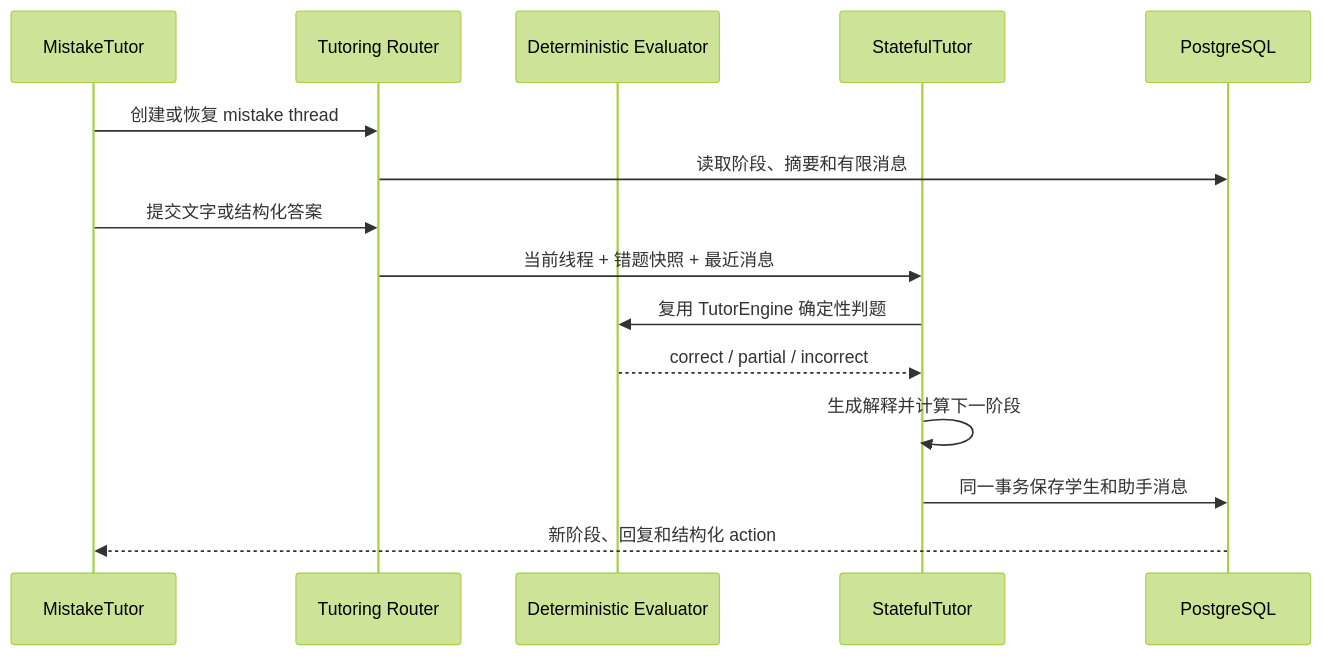
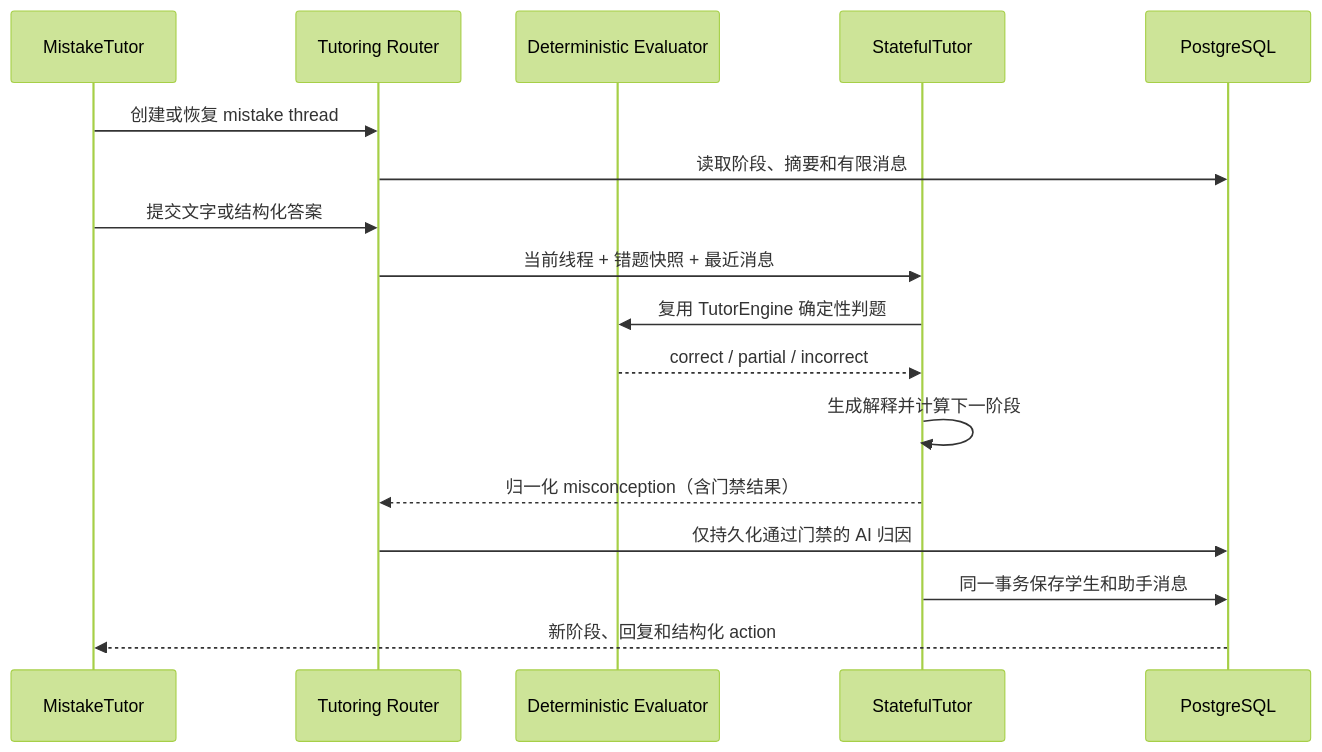
One commit to ningkaikok/dotty-tutor changed the third of 6 diagrams in docs/architecture.md. Above: the diagram before and after it, drawn with Mermaid (forest theme). The commit also changed other lines of this file and 14 other files, not shown here.

````diff
--- a/docs/architecture.md
+++ b/docs/architecture.md
@@ -211,18 +215,20 @@
 ```mermaid
 sequenceDiagram
   participant UI as MistakeTutor
   participant API as Tutoring Router
   participant Check as Deterministic Evaluator
   participant Tutor as StatefulTutor
   participant DB as PostgreSQL
 
   UI->>API: 创建或恢复 mistake thread
   API->>DB: 读取阶段、摘要和有限消息
   UI->>API: 提交文字或结构化答案
   API->>Tutor: 当前线程 + 错题快照 + 最近消息
   Tutor->>Check: 复用 TutorEngine 确定性判题
   Check-->>Tutor: correct / partial / incorrect
   Tutor->>Tutor: 生成解释并计算下一阶段
+  Tutor-->>API: 归一化 misconception（含门禁结果）
+  API->>DB: 仅持久化通过门禁的 AI 归因
   Tutor->>DB: 同一事务保存学生和助手消息
   DB-->>UI: 新阶段、回复和结构化 action
 ```
````
